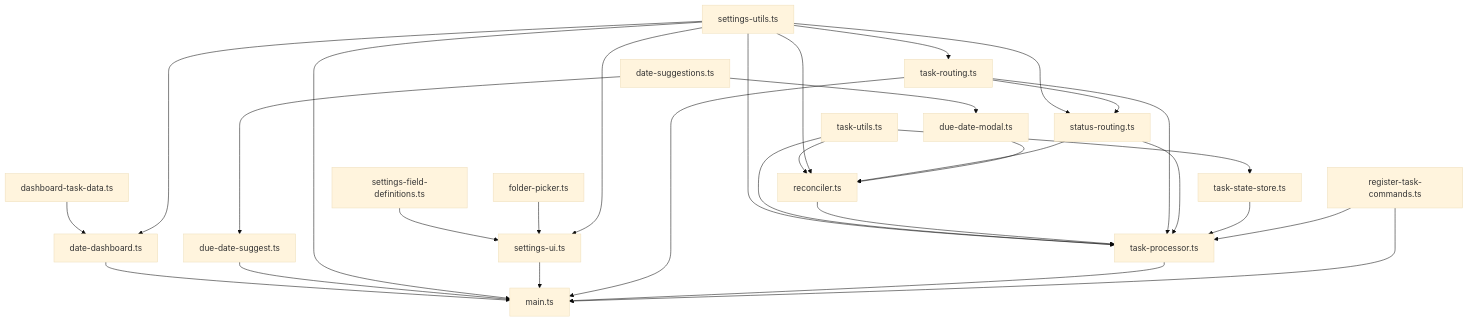
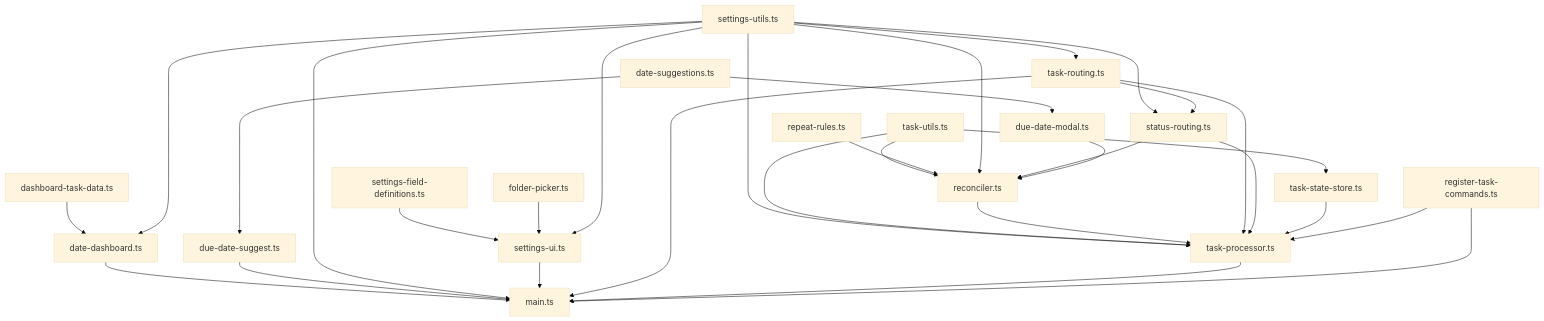
The diagram in README.md (apurvanakade/obsidian-task-manager), drawn with Mermaid (base theme) before and after one commit. The commit also changed other lines of this file and 4 other files, not shown here.

````diff
--- a/README.md
+++ b/README.md
@@ -154,61 +173,63 @@
 ```mermaid
 graph TD
    M[main.ts]
 
    D[date-dashboard.ts]
    DTD[dashboard-task-data.ts]
    E[due-date-suggest.ts]
    DS[date-suggestions.ts]
 
    SUI[settings-ui.ts]
    SU[settings-utils.ts]
    SFD[settings-field-definitions.ts]
    FP[folder-picker.ts]
 
    RS[status-routing.ts]
    RT[task-routing.ts]
 
    TP[task-processor.ts]
    RC[reconciler.ts]
+   RR[repeat-rules.ts]
    DDM[due-date-modal.ts]
    TS[task-state-store.ts]
    TU[task-utils.ts]
    CMD[register-task-commands.ts]
 
    D --> M
    E --> M
    SU --> M
    SUI --> M
    RT --> M
    TP --> M
    CMD --> M
 
    DTD --> D
    SU --> D
 
    DS --> E
 
    SFD --> SUI
    FP --> SUI
    SU --> SUI
 
    SU --> RS
    RT --> RS
    SU --> RT
 
    SU --> TP
    TU --> TP
    RC --> TP
    RT --> TP
    RS --> TP
    TS --> TP
    CMD --> TP
 
    TU --> RC
+   RR --> RC
    SU --> RC
    RS --> RC
    DDM --> RC
    DS --> DDM
 
    TU --> TS
 ```
````
